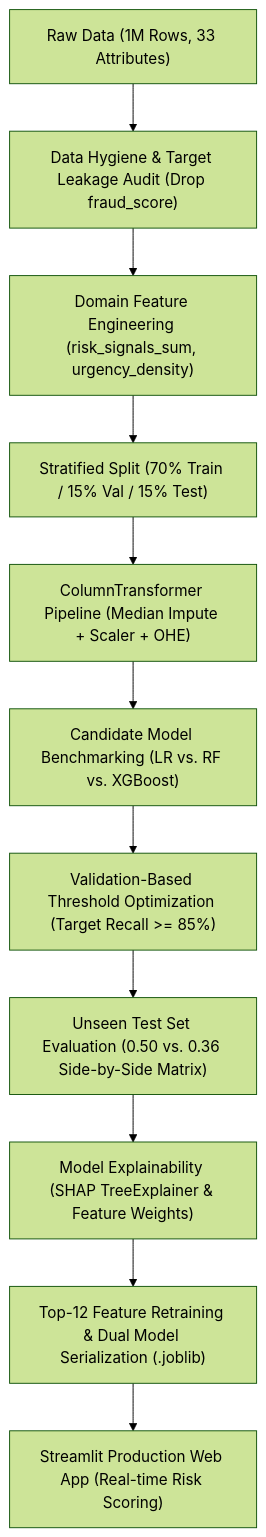
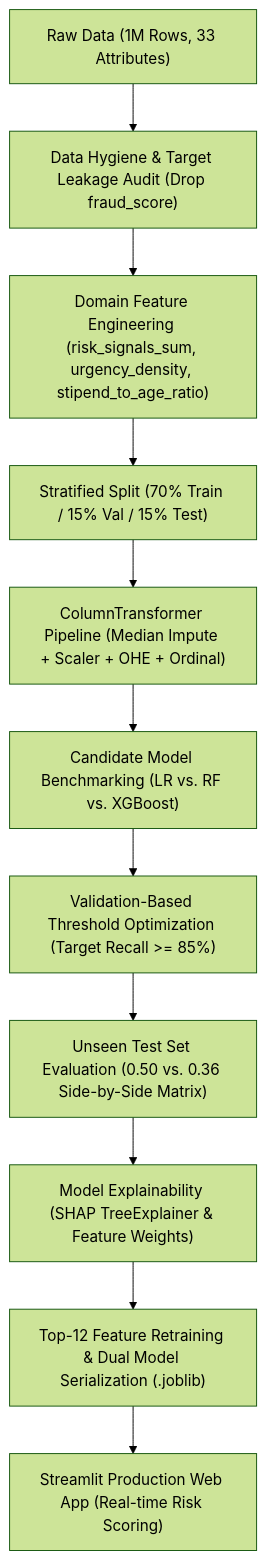
One commit to nazrinasgarova/internship-fraud-detection changed the diagram in README.md. Above: the diagram before and after it, drawn with Mermaid (forest theme). The commit also changed other lines of this file and 4 other files, not shown here.

````diff
--- a/README.md
+++ b/README.md
@@ -27,13 +27,13 @@
 ```mermaid
 flowchart TD
     A["Raw Data (1M Rows, 33 Attributes)"] --> B["Data Hygiene & Target Leakage Audit (Drop fraud_score)"]
-    B --> C["Domain Feature Engineering (risk_signals_sum, urgency_density)"]
+    B --> C["Domain Feature Engineering (risk_signals_sum, urgency_density, stipend_to_age_ratio)"]
     C --> D["Stratified Split (70% Train / 15% Val / 15% Test)"]
-    D --> E["ColumnTransformer Pipeline (Median Impute + Scaler + OHE)"]
+    D --> E["ColumnTransformer Pipeline (Median Impute + Scaler + OHE + Ordinal)"]
     E --> F["Candidate Model Benchmarking (LR vs. RF vs. XGBoost)"]
     F --> G["Validation-Based Threshold Optimization (Target Recall >= 85%)"]
     G --> H["Unseen Test Set Evaluation (0.50 vs. 0.36 Side-by-Side Matrix)"]
     H --> I["Model Explainability (SHAP TreeExplainer & Feature Weights)"]
     I --> J["Top-12 Feature Retraining & Dual Model Serialization (.joblib)"]
     J --> K["Streamlit Production Web App (Real-time Risk Scoring)"]
 ```
````
